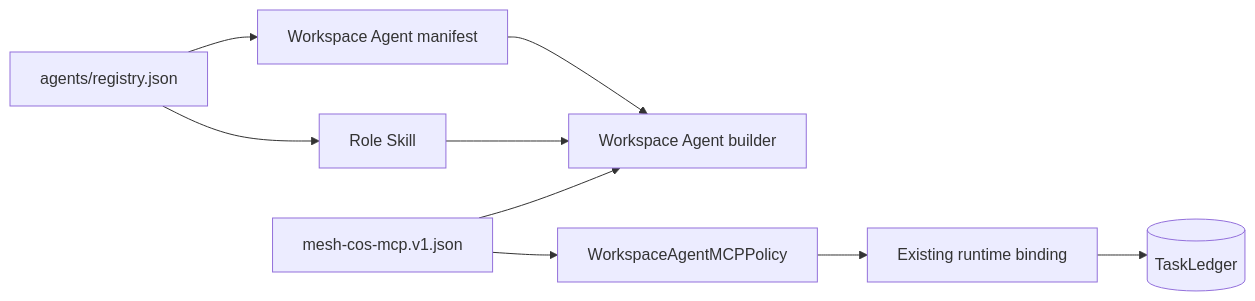
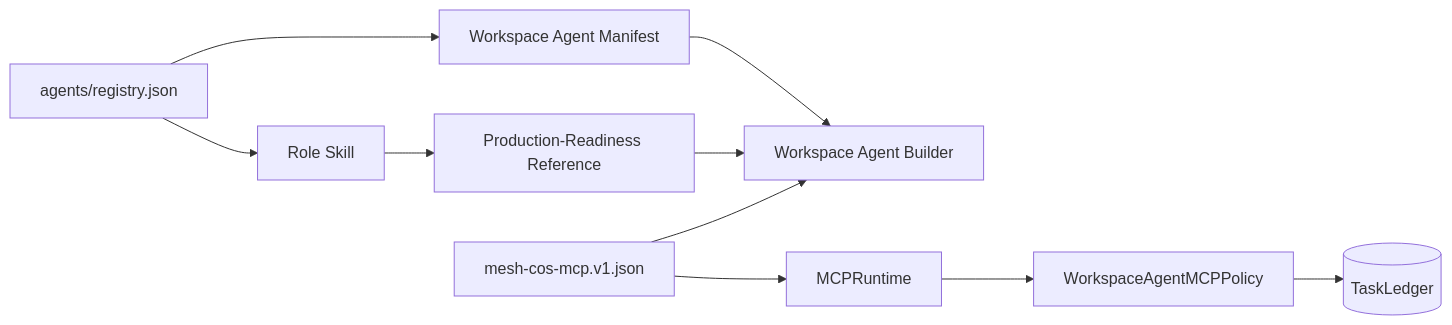
One commit to mkleinbe/mesh-ai-agent-cos-universe changed the third of 5 diagrams in docs/architecture.md. Above: the diagram before and after it, drawn with Mermaid. The commit also changed other lines of this file, not shown here.

Commit message:
docs: align architecture with v1.0.0 serialized production runtime

````diff
--- a/docs/architecture.md
+++ b/docs/architecture.md
@@ -71,11 +102,12 @@
 ```mermaid
 flowchart LR
-    R[agents/registry.json] --> M[Workspace Agent manifest]
+    R[agents/registry.json] --> M[Workspace Agent Manifest]
     R --> S[Role Skill]
-    M --> B[Workspace Agent builder]
-    S --> B
+    S --> PR[Production-Readiness Reference]
+    M --> B[Workspace Agent Builder]
+    PR --> B
     C[mesh-cos-mcp.v1.json] --> B
-    C --> P[WorkspaceAgentMCPPolicy]
-    P --> RT[Existing runtime binding]
-    RT --> L[(TaskLedger)]
+    C --> RT[MCPRuntime]
+    RT --> P[WorkspaceAgentMCPPolicy]
+    P --> L[(TaskLedger)]
 ```
````
